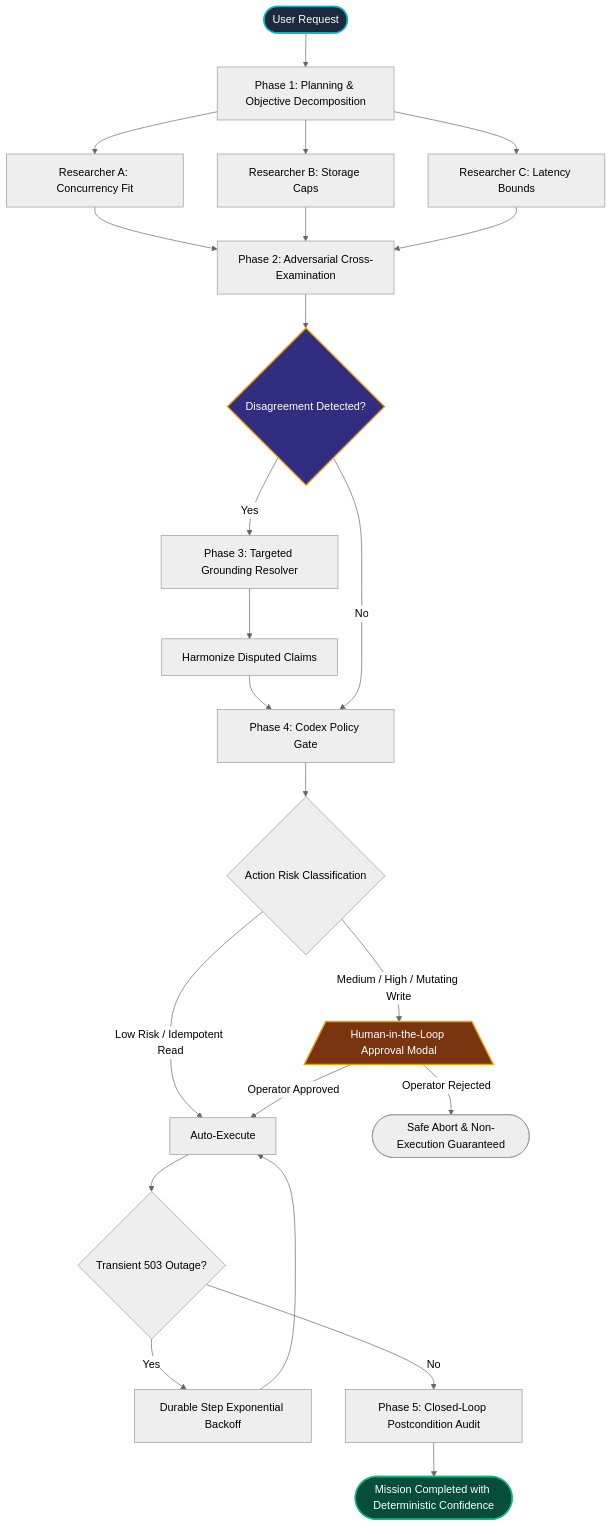
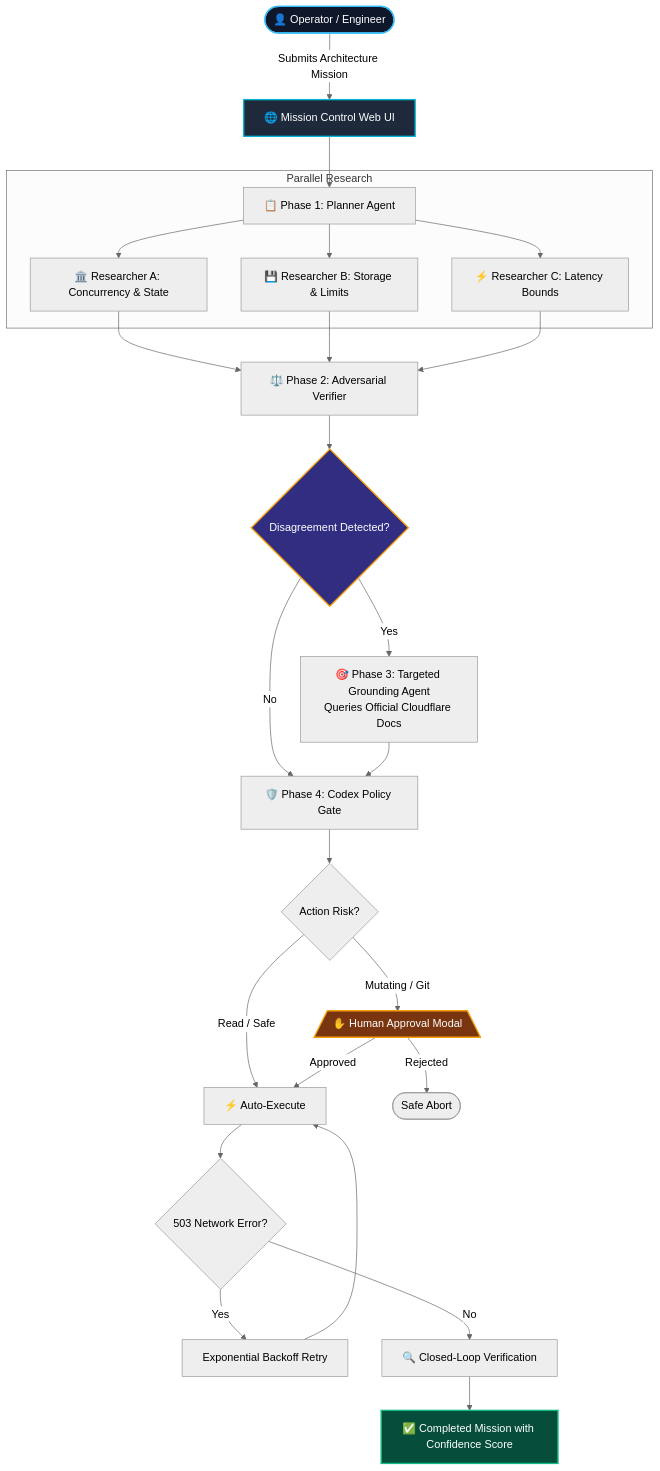
Before and after one commit to atishayj2202/sentinel-cloudflare-agent: the diagram in README.md, drawn with Mermaid (neutral theme). The commit also changed other lines of this file and 3 other files, not shown here.

````diff
--- a/README.md
+++ b/README.md
@@ -106,36 +42,39 @@
 ```mermaid
 flowchart TD
-    Start([User Request]) --> S1[Phase 1: Planning & Objective Decomposition]
-    S1 --> P1[Researcher A: Concurrency Fit]
-    S1 --> P2[Researcher B: Storage Caps]
-    S1 --> P3[Researcher C: Latency Bounds]
+    User([👤 Operator / Engineer]) -->|Submits Architecture Mission| UI[🌐 Mission Control Web UI]
+    UI --> Planner[📋 Phase 1: Planner Agent]
     
-    P1 --> S2[Phase 2: Adversarial Cross-Examination]
-    P2 --> S2
-    P3 --> S2
+    subgraph Parallel Research
+        Planner --> ResA[🏛️ Researcher A: Concurrency & State]
+        Planner --> ResB[💾 Researcher B: Storage & Limits]
+        Planner --> ResC[⚡ Researcher C: Latency Bounds]
+    end
+
+    ResA --> Verifier[⚖️ Phase 2: Adversarial Verifier]
+    ResB --> Verifier
+    ResC --> Verifier
+
+    Verifier --> Disagreement{Disagreement Detected?}
+    Disagreement -->|Yes| Grounding[🎯 Phase 3: Targeted Grounding Agent<br/>Queries Official Cloudflare Docs]
+    Disagreement -->|No| Policy
+    Grounding --> Policy[🛡️ Phase 4: Codex Policy Gate]
+
+    Policy --> RiskCheck{Action Risk?}
+    RiskCheck -->|Read / Safe| AutoExec[⚡ Auto-Execute]
+    RiskCheck -->|Mutating / Git| HumanApproval[/✋ Human Approval Modal\]
     
-    S2 --> Disagreement{Disagreement Detected?}
-    Disagreement -- Yes --> TR[Phase 3: Targeted Grounding Resolver]
-    TR --> Har[Harmonize Disputed Claims]
-    Har --> S4[Phase 4: Codex Policy Gate]
-    Disagreement -- No --> S4
-    
-    S4 --> Gate{Action Risk Classification}
-    Gate -- Low Risk / Idempotent Read --> Exec[Auto-Execute]
-    Gate -- Medium / High / Mutating Write --> Approval[/Human-in-the-Loop Approval Modal\]
-    
-    Approval -- Operator Rejected --> Abort([Safe Abort & Non-Execution Guaranteed])
-    Approval -- Operator Approved --> Exec
-    
-    Exec --> Retry{Transient 503 Outage?}
-    Retry -- Yes --> Backoff[Durable Step Exponential Backoff]
-    Backoff --> Exec
-    Retry -- No --> PostCheck[Phase 5: Closed-Loop Postcondition Audit]
-    
-    PostCheck --> Complete([Mission Completed with Deterministic Confidence])
+    HumanApproval -->|Approved| AutoExec
+    HumanApproval -->|Rejected| Abort([Safe Abort])
 
-    style Start fill:#1e293b,stroke:#06b6d4,stroke-width:2px,color:#fff
+    AutoExec --> FaultRetry{503 Network Error?}
+    FaultRetry -->|Yes| Backoff[Exponential Backoff Retry]
+    Backoff --> AutoExec
+    FaultRetry -->|No| ClosedLoop[🔍 Closed-Loop Verification]
+    ClosedLoop --> Final[✅ Completed Mission with Confidence Score]
+
+    style User fill:#0f172a,stroke:#38bdf8,stroke-width:2px,color:#fff
+    style UI fill:#1e293b,stroke:#06b6d4,stroke-width:2px,color:#fff
     style Disagreement fill:#312e81,stroke:#f59e0b,stroke-width:2px,color:#fff
-    style Approval fill:#78350f,stroke:#f59e0b,stroke-width:2px,color:#fff
-    style Complete fill:#064e3b,stroke:#10b981,stroke-width:2px,color:#fff
+    style HumanApproval fill:#78350f,stroke:#f59e0b,stroke-width:2px,color:#fff
+    style Final fill:#064e3b,stroke:#10b981,stroke-width:2px,color:#fff
 ```
````
